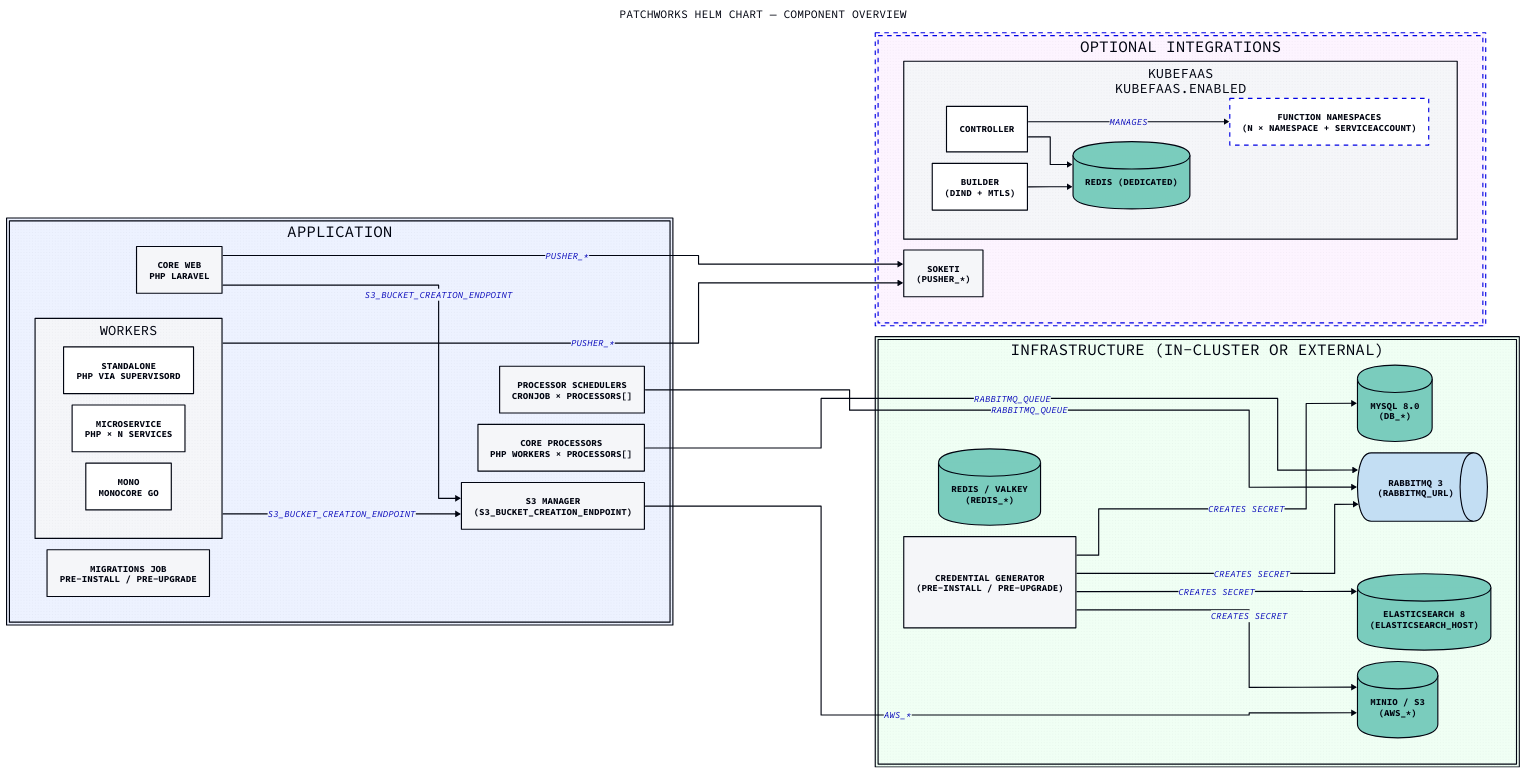
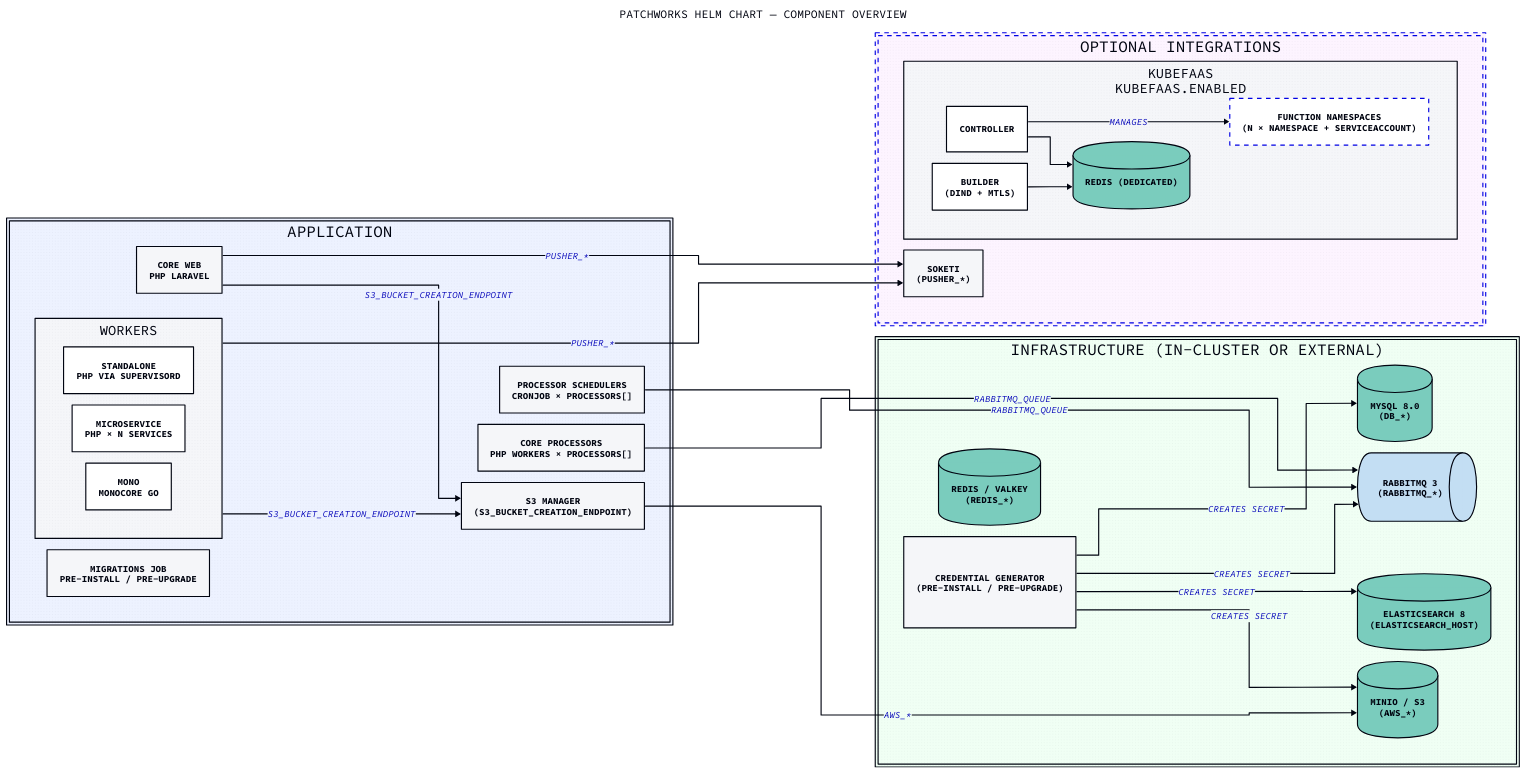
Before and after one commit to gopatchworks/selfhosted: the diagram in docs/chart-overview.d2, drawn with D2. The commit also changed 7 other files, not shown here.

```diff
--- a/docs/chart-overview.d2
+++ b/docs/chart-overview.d2
@@ -1,76 +1,76 @@
 vars: {
   d2-config: {
     layout-engine: elk
     # Terminal theme code
     theme-id: 300
   }
 }
 
 direction: right
 
 title: "Patchworks Helm Chart — Component Overview" {
   shape: text
   near: top-center
   style.font-size: 20
 }
 
 application: Application {
   style.fill: "#EDF2FF"
 
   web: "Core Web\nPHP Laravel" { shape: rectangle }
   scheduler: "Processor Schedulers\nCronJob × processors[]" { shape: rectangle }
   processors: "Core Processors\nPHP workers × processors[]" { shape: rectangle }
   s3manager: "S3 Manager\n(S3_BUCKET_CREATION_ENDPOINT)" { shape: rectangle }
 
   workers: Workers {
     standalone:   "standalone\nPHP via supervisord" { shape: rectangle }
     microservice: "microservice\nPHP × N services"  { shape: rectangle }
     mono:         "mono\nMonocore Go"               { shape: rectangle }
   }
 
   migrations: "Migrations Job\npre-install / pre-upgrade" { shape: rectangle }
 }
 
 infra: "Infrastructure (in-cluster or external)" {
   style.fill: "#F0FFF4"
 
   mysql:         "MySQL 8.0\n(DB_*)"                     { shape: cylinder }
   redis:         "Redis / Valkey\n(REDIS_*)"              { shape: cylinder }
-  rabbitmq:      "RabbitMQ 3\n(RABBITMQ_URL)"             { shape: queue    }
+  rabbitmq:      "RabbitMQ 3\n(RABBITMQ_*)"               { shape: queue    }
   elasticsearch: "Elasticsearch 8\n(ELASTICSEARCH_HOST)"  { shape: cylinder }
   s3:            "MinIO / S3\n(AWS_*)"                    { shape: cylinder }
   credentials:   "Credential Generator\n(pre-install / pre-upgrade)" { shape: rectangle }
 
   credentials -> mysql: creates Secret
   credentials -> rabbitmq: creates Secret
   credentials -> elasticsearch: creates Secret
   credentials -> s3: creates Secret
 }
 
 optional: "Optional Integrations" {
   style.fill: "#FDF4FF"
   style.stroke-dash: 4
 
   kubefaas: "KubeFaaS\nkubefaas.enabled" {
     controller: Controller { shape: rectangle }
     builder:    "Builder\n(dind + mTLS)"   { shape: rectangle }
     kfredis:    "Redis (dedicated)"        { shape: cylinder }
     functions:  "Function Namespaces\n(N × Namespace + ServiceAccount)" {
       shape: rectangle
       style.stroke-dash: 4
     }
     controller -> kfredis
     builder    -> kfredis
     controller -> functions: manages
   }
 
   soketi: "Soketi\n(PUSHER_*)" { shape: rectangle }
 }
 
 application.web -> optional.soketi: PUSHER_*
 application.workers -> optional.soketi: PUSHER_*
 application.processors -> infra.rabbitmq: RABBITMQ_QUEUE
 application.scheduler -> infra.rabbitmq: RABBITMQ_QUEUE
 application.web -> application.s3manager: S3_BUCKET_CREATION_ENDPOINT
 application.workers -> application.s3manager: S3_BUCKET_CREATION_ENDPOINT
 application.s3manager -> infra.s3: AWS_*
```
